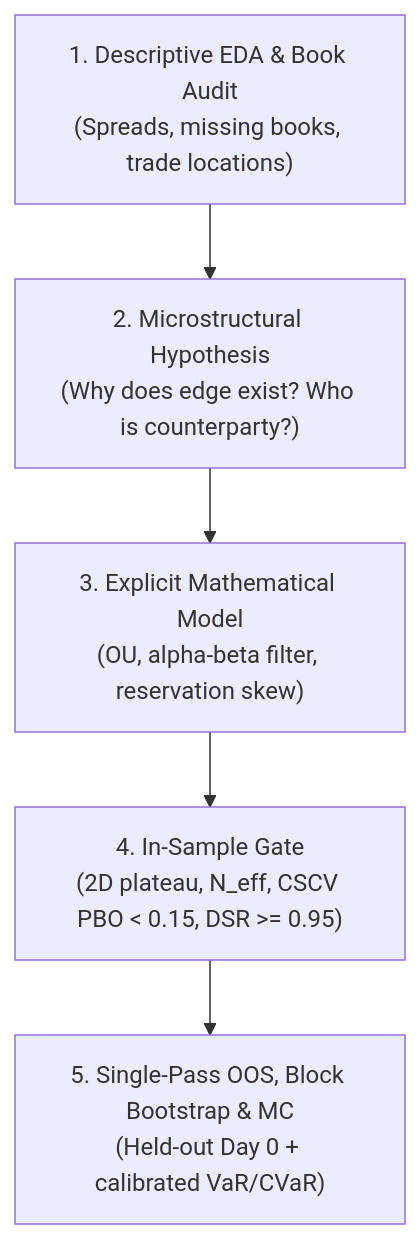
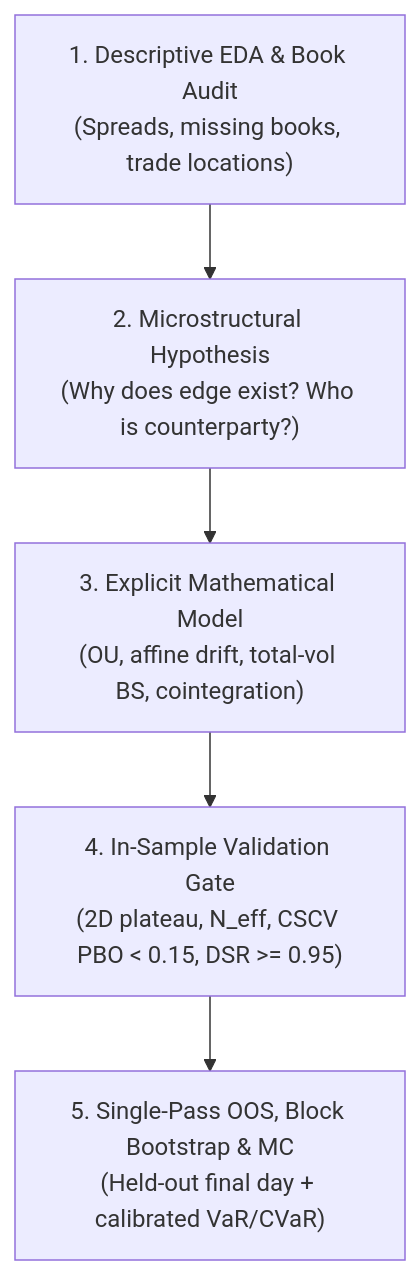
Before and after one commit to PerriPerriSauce/imc-prosperity-4-toolkit-writeup: the diagram in docs/methodology/research_methodology.md, drawn with Mermaid. The commit also changed other lines of this file and 104 other files, not shown here.

````diff
--- a/docs/methodology/research_methodology.md
+++ b/docs/methodology/research_methodology.md
@@ -7,7 +5,7 @@
 ```mermaid
 flowchart TD
     Obs["1. Descriptive EDA & Book Audit<br/>(Spreads, missing books, trade locations)"] --> Hyp["2. Microstructural Hypothesis<br/>(Why does edge exist? Who is counterparty?)"]
-    Hyp --> Model["3. Explicit Mathematical Model<br/>(OU, alpha-beta filter, reservation skew)"]
-    Model --> Gate["4. In-Sample Gate<br/>(2D plateau, N_eff, CSCV PBO < 0.15, DSR >= 0.95)"]
-    Gate --> OOS["5. Single-Pass OOS, Block Bootstrap & MC<br/>(Held-out Day 0 + calibrated VaR/CVaR)"]
+    Hyp --> Model["3. Explicit Mathematical Model<br/>(OU, affine drift, total-vol BS, cointegration)"]
+    Model --> Gate["4. In-Sample Validation Gate<br/>(2D plateau, N_eff, CSCV PBO < 0.15, DSR >= 0.95)"]
+    Gate --> OOS["5. Single-Pass OOS, Block Bootstrap & MC<br/>(Held-out final day + calibrated VaR/CVaR)"]
 ```
````
